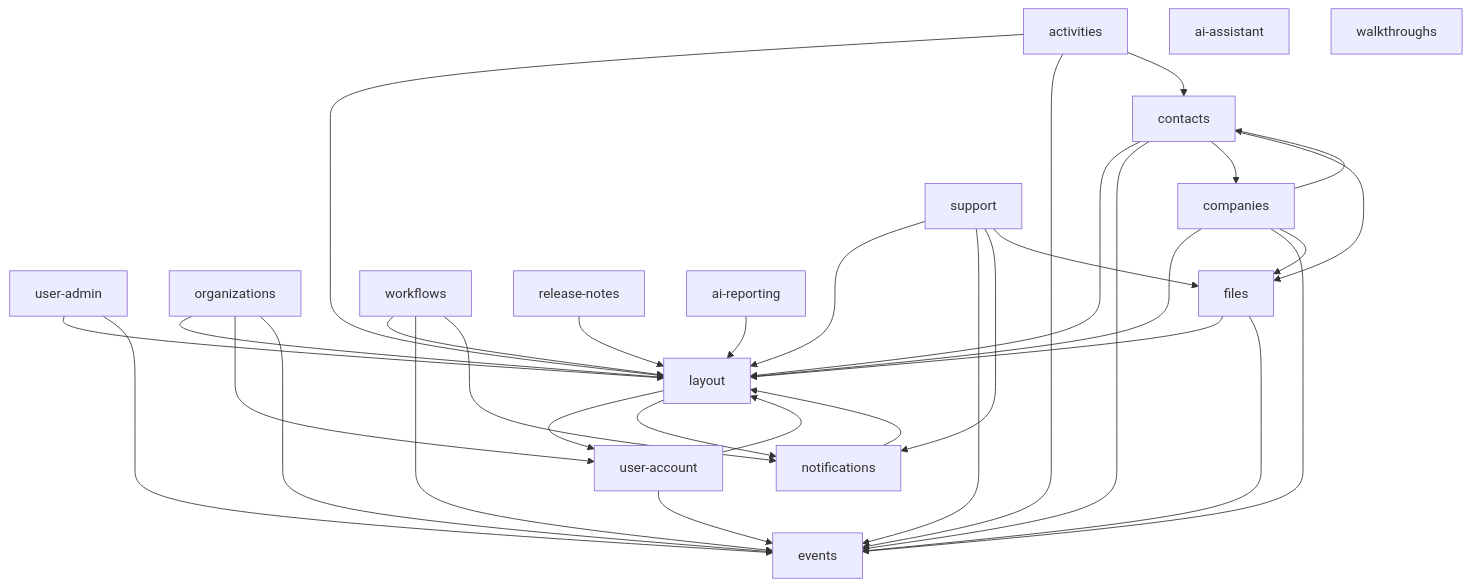
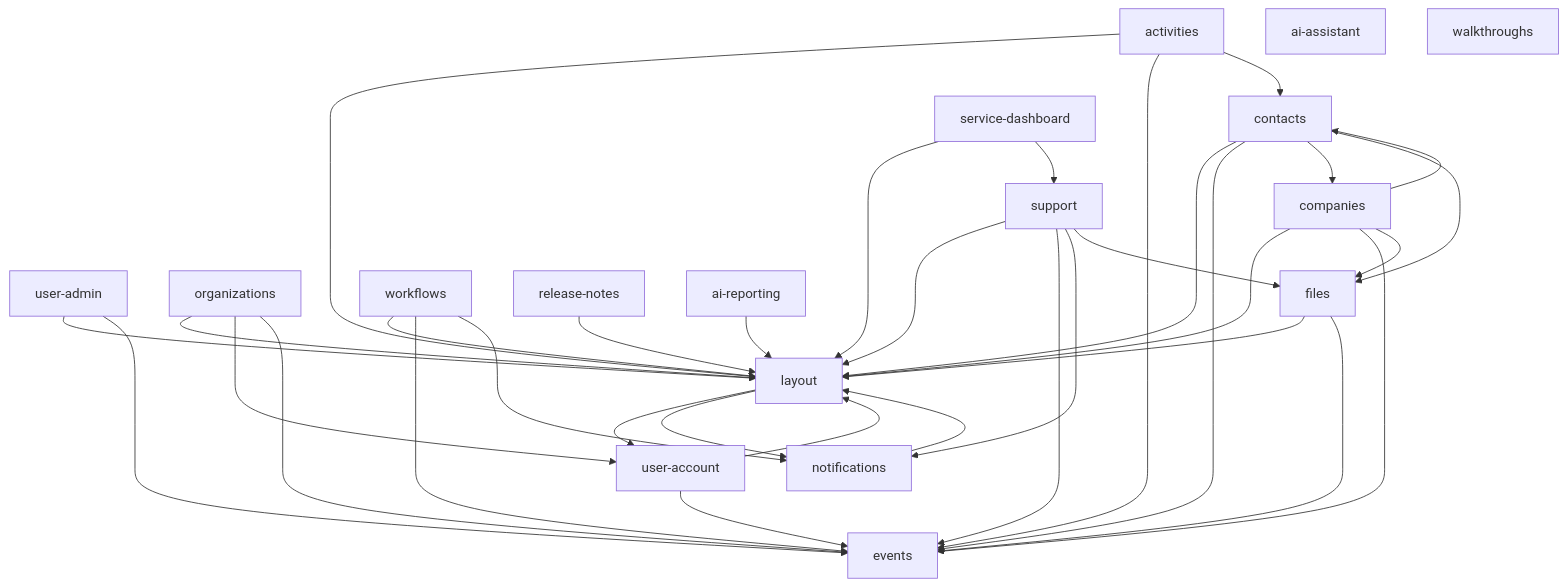
Before and after one commit to lowdefy/modules-mongodb: the diagram in docs/index.md, drawn with Mermaid. The commit also changed other lines of this file and 4 other files, not shown here.

First line of the commit message:
docs(service-dashboard): setup, access, states and top users

````diff
--- a/docs/index.md
+++ b/docs/index.md
@@ -37,38 +38,40 @@
 ```mermaid
 graph TD
   layout --> user-account
   layout --> notifications
   user-account --> layout
   user-account --> events
   user-admin --> layout
   user-admin --> events
   organizations --> layout
   organizations --> user-account
   organizations --> events
   notifications --> layout
   contacts --> layout
   contacts --> events
   contacts --> companies
   contacts --> files
   companies --> layout
   companies --> events
   companies --> contacts
   companies --> files
   files --> layout
   files --> events
   activities --> layout
   activities --> events
   activities --> contacts
   ai-assistant
   walkthroughs
   workflows --> layout
   workflows --> events
   workflows --> notifications
   release-notes --> layout
   events
   ai-reporting --> layout
   support --> layout
   support --> events
   support --> notifications
   support --> files
+  service-dashboard --> layout
+  service-dashboard --> support
 ```
````
